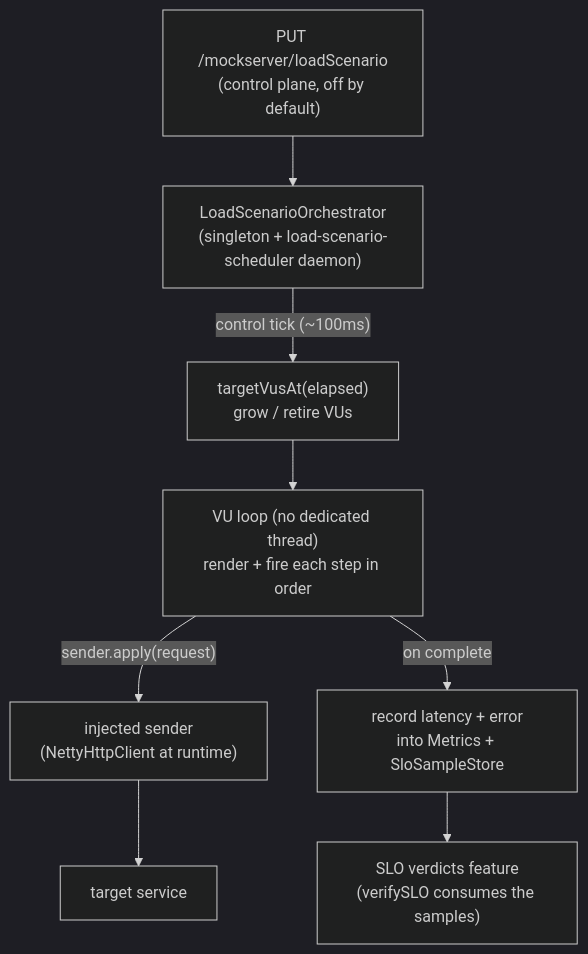
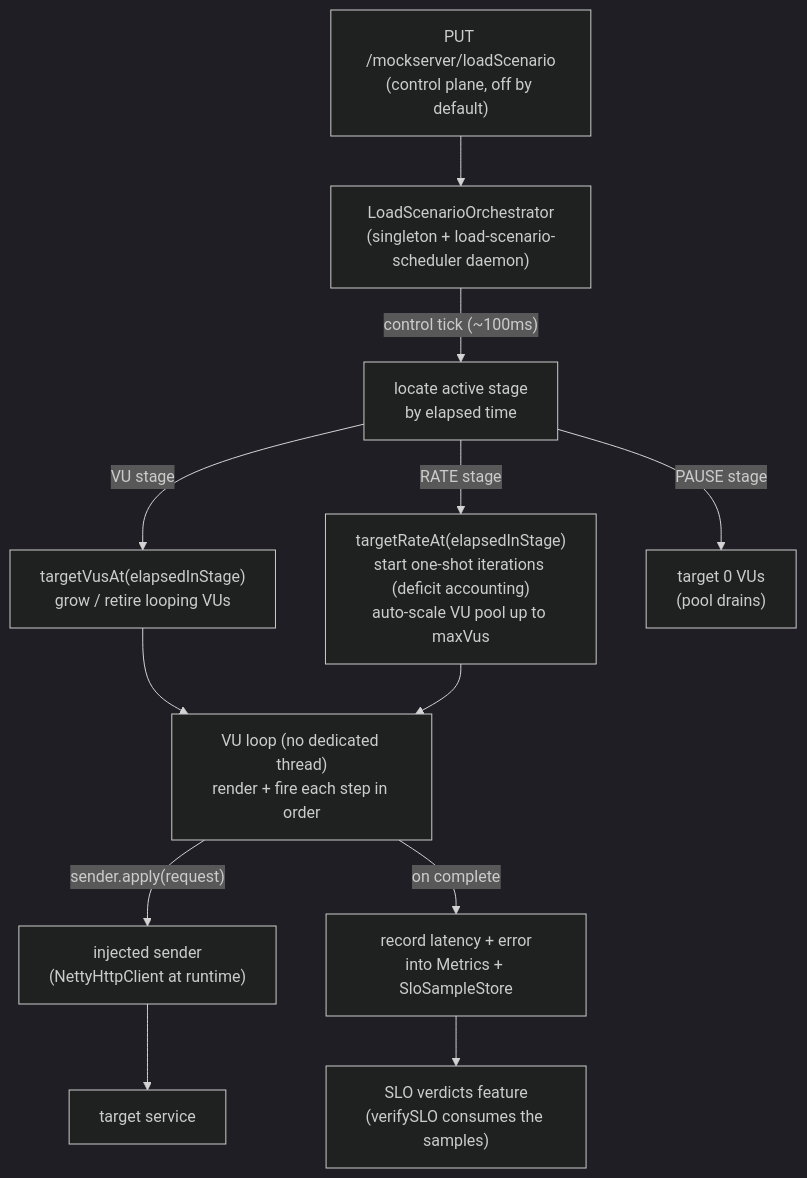
The diagram in docs/code/load-generation.md (sean8601/mockserver-monorepo), drawn with Mermaid (dark theme) before and after one commit. The commit also changed other lines of this file and 22 other files, not shown here.

````diff
--- a/docs/code/load-generation.md
+++ b/docs/code/load-generation.md
@@ -13,10 +15,14 @@
 ```mermaid
 flowchart TD
     PUT["PUT /mockserver/loadScenario\n(control plane, off by default)"] --> ORCH["LoadScenarioOrchestrator\n(singleton + load-scenario-scheduler daemon)"]
-    ORCH -->|"control tick (~100ms)"| RAMP["targetVusAt(elapsed)\ngrow / retire VUs"]
-    RAMP --> VU["VU loop (no dedicated thread)\nrender + fire each step in order"]
+    ORCH -->|"control tick (~100ms)"| STAGE["locate active stage\nby elapsed time"]
+    STAGE -->|"VU stage"| VUD["targetVusAt(elapsedInStage)\ngrow / retire looping VUs"]
+    STAGE -->|"RATE stage"| RATED["targetRateAt(elapsedInStage)\nstart one-shot iterations (deficit accounting)\nauto-scale VU pool up to maxVus"]
+    STAGE -->|"PAUSE stage"| PAUSE["target 0 VUs\n(pool drains)"]
+    VUD --> VU["VU loop (no dedicated thread)\nrender + fire each step in order"]
+    RATED --> VU
     VU -->|"sender.apply(request)"| SENDER["injected sender\n(NettyHttpClient at runtime)"]
     SENDER --> TARGET["target service"]
     VU -->|"on complete"| REC["record latency + error\ninto Metrics + SloSampleStore"]
     REC --> SLO["SLO verdicts feature\n(verifySLO consumes the samples)"]
 ```
````
